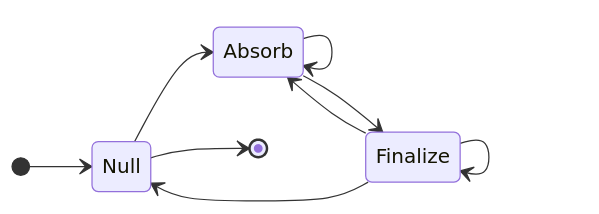
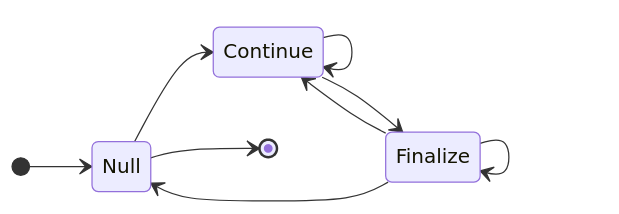
One commit to privacy-scaling-explorations/zkevm-specs changed the diagram in specs/keccak256/variable-length-input.md. Above: the diagram before and after it, drawn with Mermaid. The commit also changed other lines of this file and 1 other file, not shown here.

Commit message:
rename state_tag Absorb to Continue

````diff
--- a/specs/keccak256/variable-length-input.md
+++ b/specs/keccak256/variable-length-input.md
@@ -22,12 +22,12 @@
 ```mermaid
 stateDiagram-v2
     direction LR
     [*] --> Null
-    Null --> Absorb
-    Absorb --> Absorb
-    Absorb --> Finalize
-    Finalize --> Absorb
+    Null --> Continue
+    Continue --> Continue
+    Continue --> Finalize
+    Finalize --> Continue
     Finalize --> Finalize
     Finalize --> Null
     Null --> [*]
 ```
````
